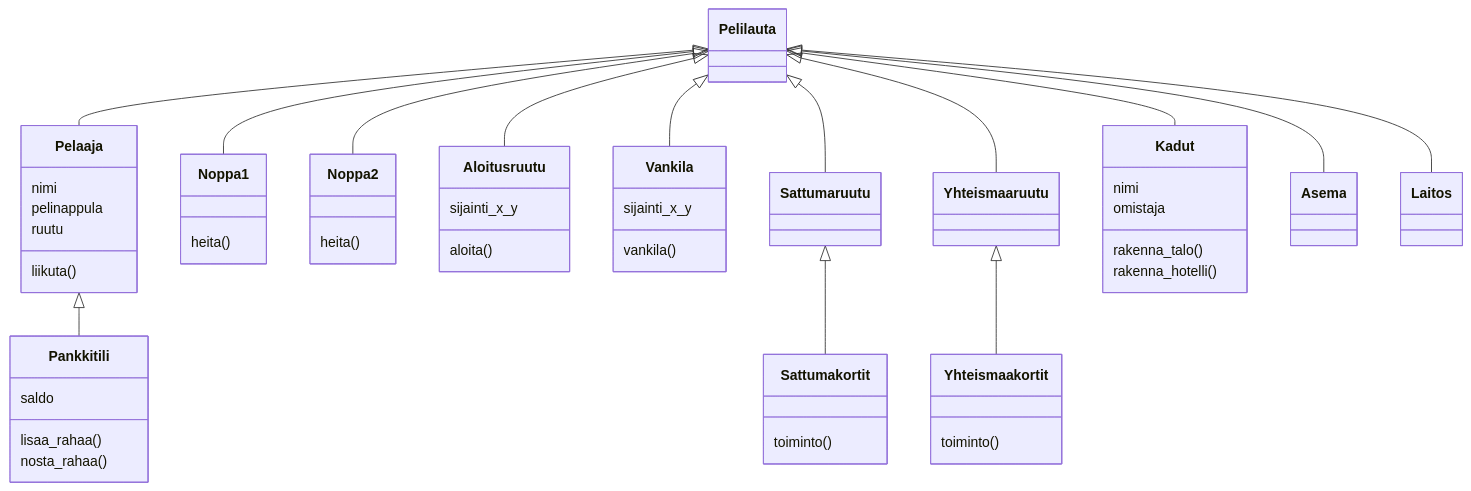
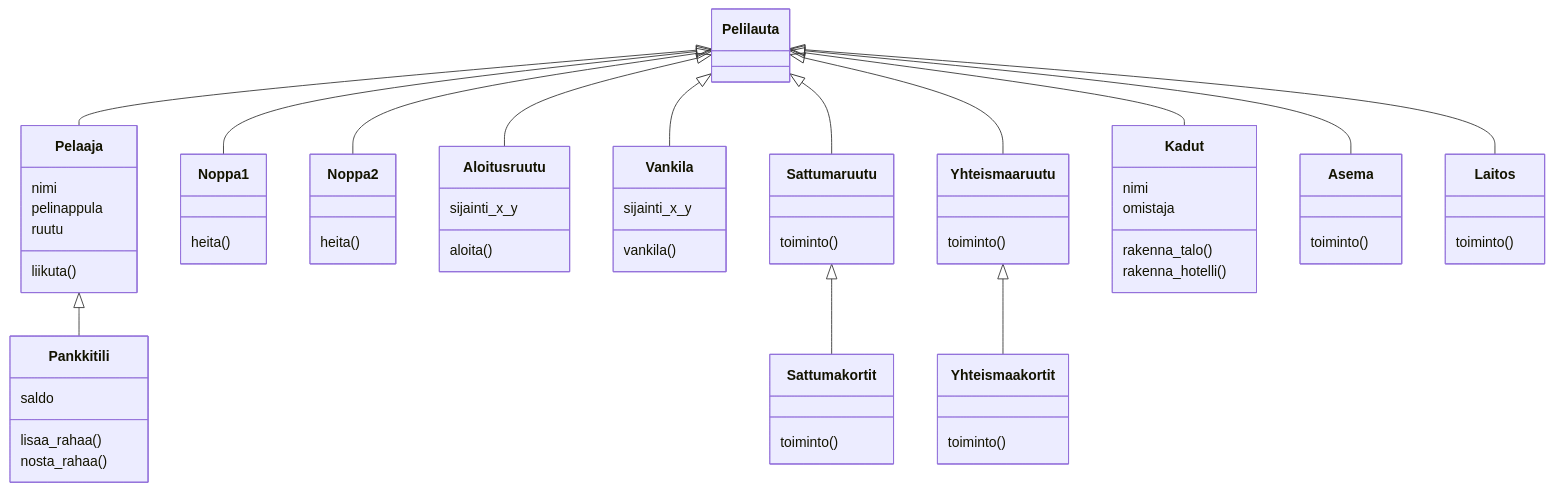
Before and after one commit to tuovinenemma/ot-harjoitustyo1: the diagram in laskarit/viikko3/monopoli.md, drawn with Mermaid.

```diff
--- a/laskarit/viikko3/monopoli.md
+++ b/laskarit/viikko3/monopoli.md
@@ -45,11 +45,11 @@
         vankila()
       }
       class Sattumaruutu{
-        
+        toiminto()
       }
       
       class Yhteismaaruutu{
-        
+        toiminto()
       }
       
      
@@ -69,11 +69,11 @@
       }
       
       class Asema{
-      
+        toiminto()
       }
       
       class Laitos{
-      
+        toiminto()
       }
       
       class Pankkitili{
```
